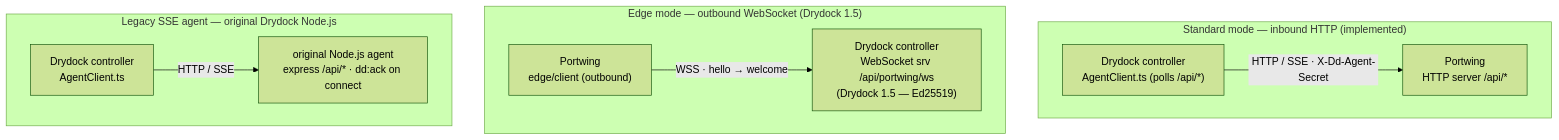
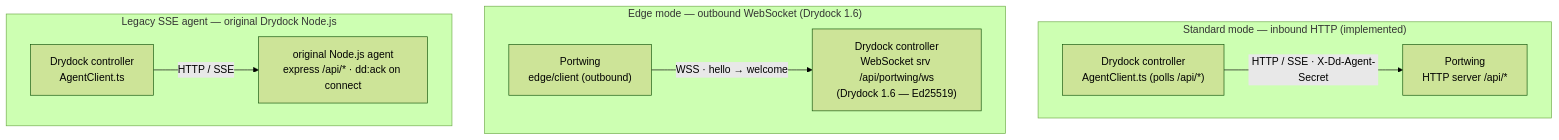
Before and after one commit to CodesWhat/portwing: the first of 3 diagrams in docs/drydock-integration.md, drawn with Mermaid (forest theme). The commit also changed other lines of this file and 31 other files, not shown here.

````diff
--- a/docs/drydock-integration.md
+++ b/docs/drydock-integration.md
@@ -9,23 +9,23 @@
 ```mermaid
 flowchart TB
     subgraph std ["Standard mode — inbound HTTP (implemented)"]
         direction LR
         SC["Drydock controller<br/>AgentClient.ts (polls /api/*)"]
         SL["Portwing<br/>HTTP server /api/*"]
         SC -- "HTTP / SSE · X-Dd-Agent-Secret" --> SL
     end
 
-    subgraph edge ["Edge mode — outbound WebSocket (Drydock 1.5)"]
+    subgraph edge ["Edge mode — outbound WebSocket (Drydock 1.6)"]
         direction LR
         EL["Portwing<br/>edge/client (outbound)"]
-        EC["Drydock controller<br/>WebSocket srv /api/portwing/ws<br/>(Drydock 1.5 — Ed25519)"]
+        EC["Drydock controller<br/>WebSocket srv /api/portwing/ws<br/>(Drydock 1.6 — Ed25519)"]
         EL -- "WSS · hello → welcome" --> EC
     end
 
     subgraph legacy ["Legacy SSE agent — original Drydock Node.js"]
         direction LR
         LC["Drydock controller<br/>AgentClient.ts"]
         LL["original Node.js agent<br/>express /api/* · dd:ack on connect"]
         LC -- "HTTP / SSE" --> LL
     end
 ```
````
